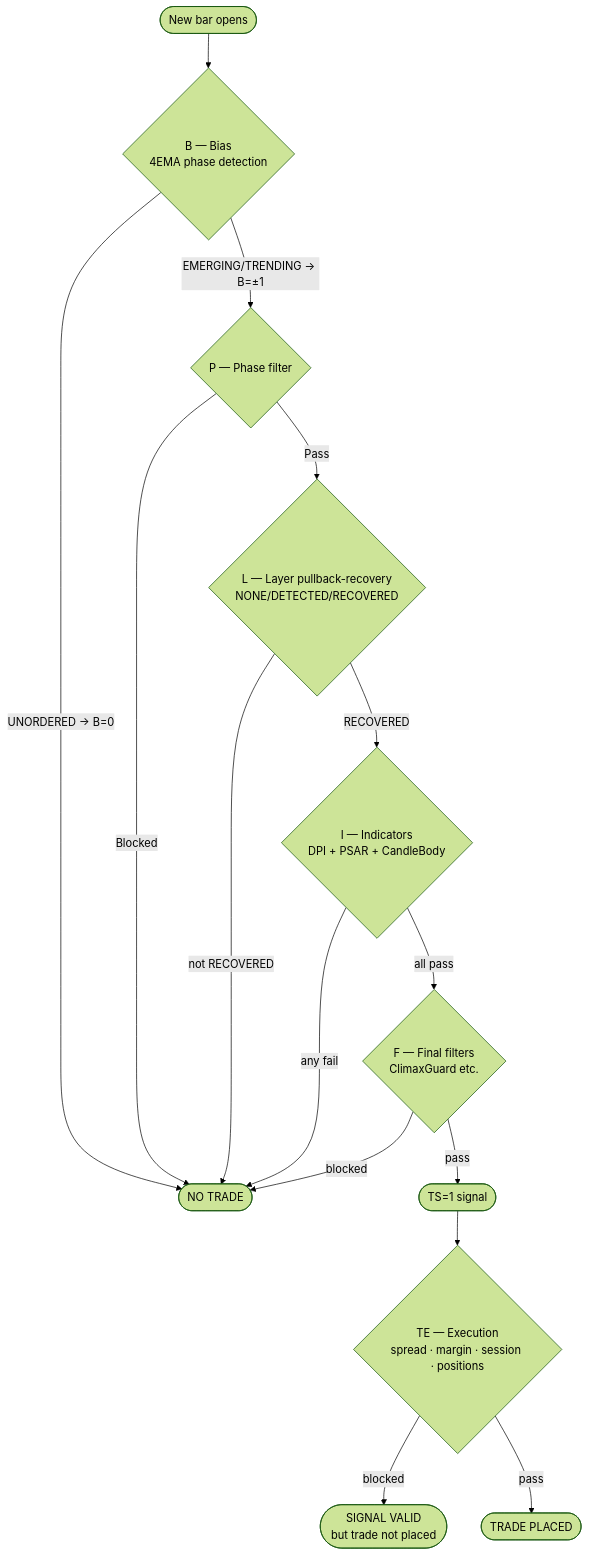
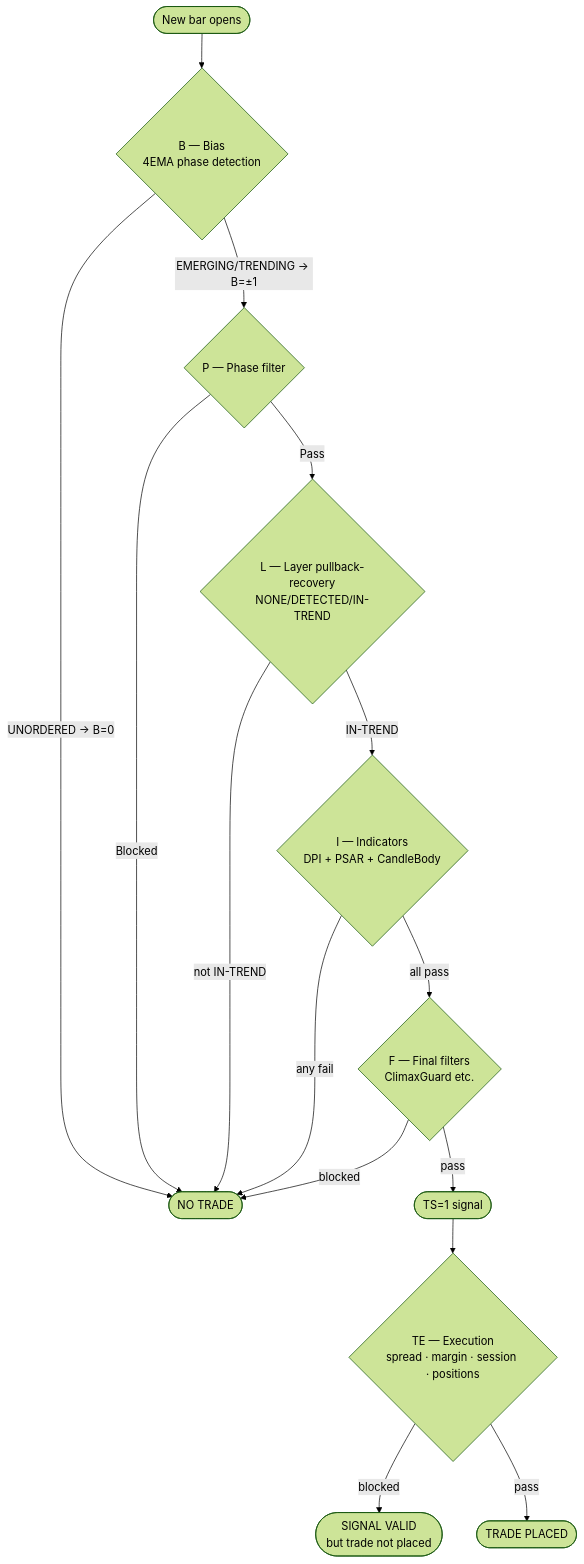
The seventh of 8 diagrams in Readme/README_SEA_PRESETS.md (msmaciej/RRM_SEA), drawn with Mermaid (forest theme) before and after one commit. The commit also changed other lines of this file and 9 other files, not shown here.

````diff
--- a/Readme/README_SEA_PRESETS.md
+++ b/Readme/README_SEA_PRESETS.md
@@ -326,17 +326,17 @@
 ```mermaid
 flowchart TD
     A([New bar opens]) --> B{B — Bias\n4EMA phase detection}
     B -- UNORDERED → B=0 --> Reject([NO TRADE])
     B -- EMERGING/TRENDING → B=±1 --> P{P — Phase filter}
     P -- Blocked --> Reject
-    P -- Pass --> L{L — Layer pullback-recovery\nNONE/DETECTED/RECOVERED}
-    L -- not RECOVERED --> Reject
-    L -- RECOVERED --> I{I — Indicators\nDPI + PSAR + CandleBody}
+    P -- Pass --> L{L — Layer pullback-recovery\nNONE/DETECTED/IN-TREND}
+    L -- not IN-TREND --> Reject
+    L -- IN-TREND --> I{I — Indicators\nDPI + PSAR + CandleBody}
     I -- any fail --> Reject
     I -- all pass --> F{F — Final filters\nClimaxGuard etc.}
     F -- blocked --> Reject
     F -- pass --> TS1([TS=1 signal])
     TS1 --> TE{TE — Execution\nspread · margin · session · positions}
     TE -- blocked --> NotPlaced([SIGNAL VALID\nbut trade not placed])
     TE -- pass --> Trade([TRADE PLACED])
 ```
````
